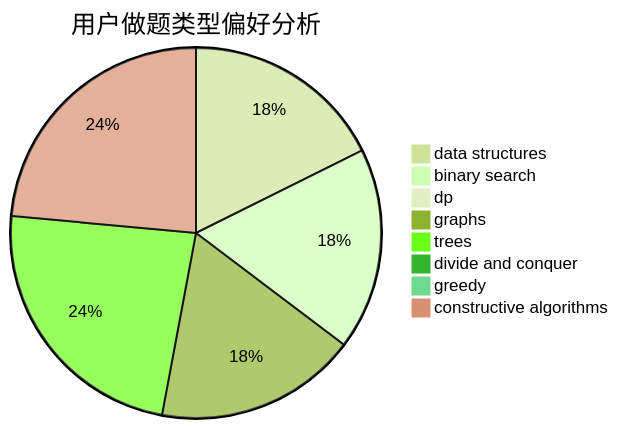
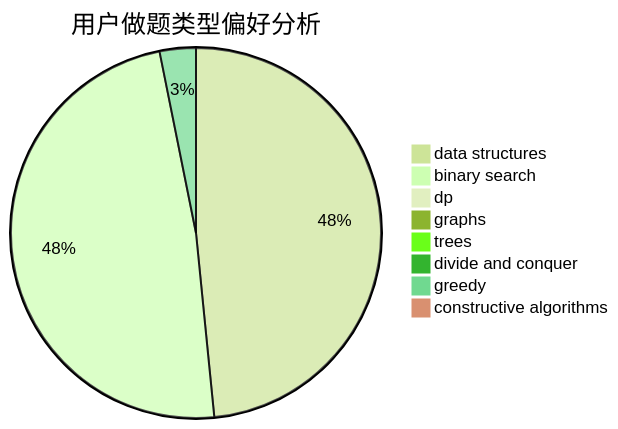
One commit to sherpahu/cfrs.github.io changed the second of 3 diagrams in docs/user/u525.md. Above: the diagram before and after it, drawn with Mermaid (forest theme). The commit also changed other lines of this file and 2770 other files, not shown here.

````diff
--- a/docs/user/u525.md
+++ b/docs/user/u525.md
@@ -23,11 +23,11 @@
 ```mermaid
 pie title 用户做题类型偏好分析
-    "data structures" :  3
-    "binary search" :  3
+    "data structures" :  46
+    "binary search" :  46
     "dp" :  0
-    "graphs" :  3
-    "trees" :  4
+    "graphs" :  0
+    "trees" :  0
     "divide and conquer" :  0
-    "greedy" :  0
-    "constructive algorithms" :  4
+    "greedy" :  3
+    "constructive algorithms" :  0
 ```
````
